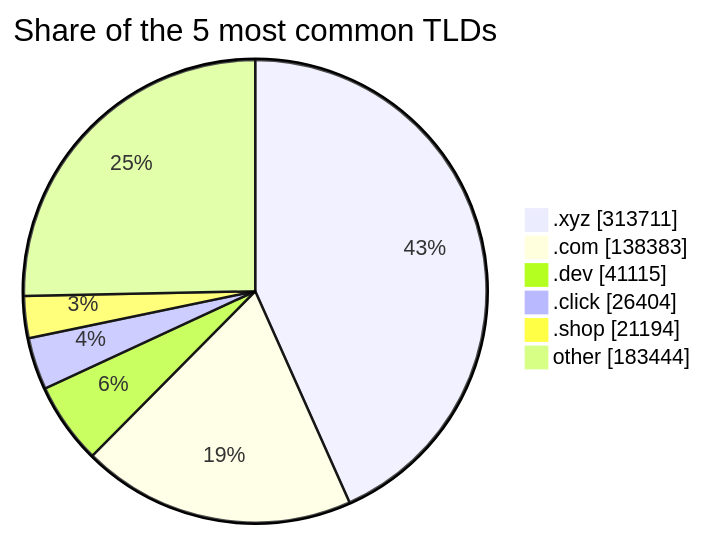
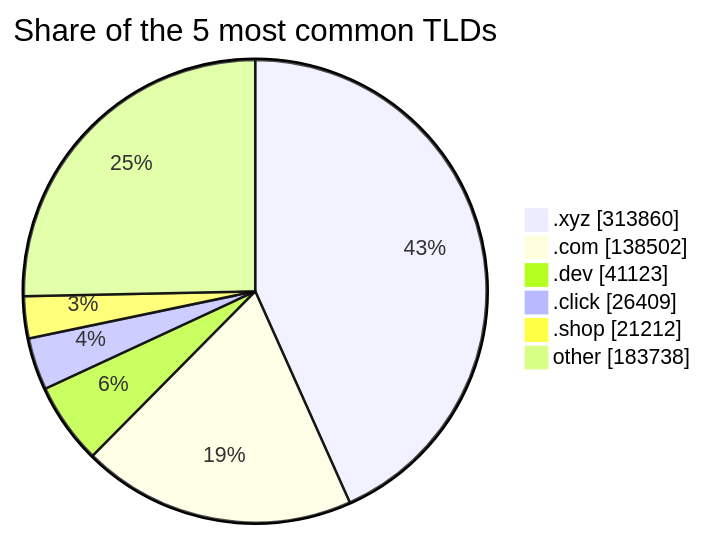
One commit to DNSBunker/CTI changed the third of 3 diagrams in README.md. Above: the diagram before and after it, drawn with Mermaid. The commit also changed other lines of this file and 3 other files, not shown here.

````diff
--- a/README.md
+++ b/README.md
@@ -81,9 +81,9 @@
 ```mermaid
 pie showData title Share of the 5 most common TLDs
-    ".xyz" : 313711
-    ".com" : 138383
-    ".dev" : 41115
-    ".click" : 26404
-    ".shop" : 21194
-    "other" : 183444
+    ".xyz" : 313860
+    ".com" : 138502
+    ".dev" : 41123
+    ".click" : 26409
+    ".shop" : 21212
+    "other" : 183738
 ```
````
